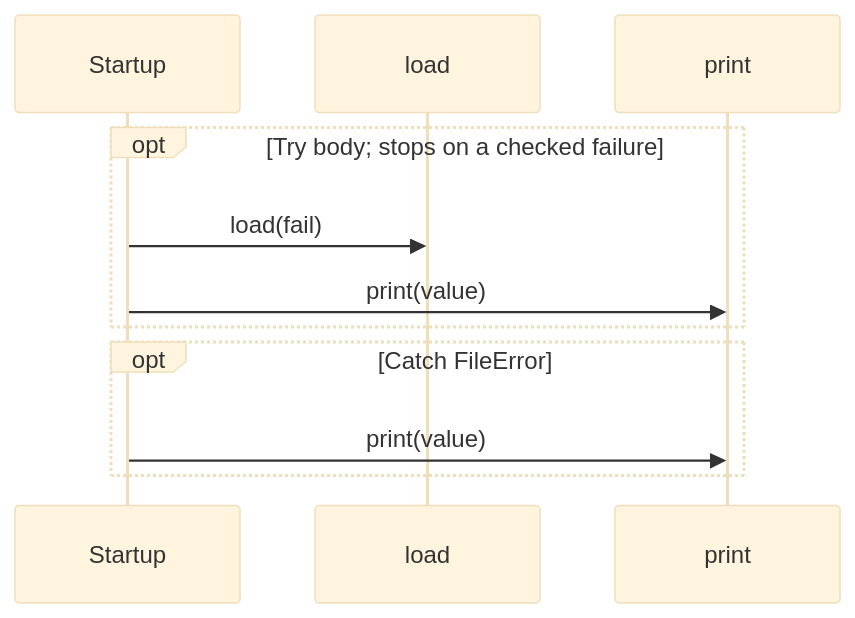
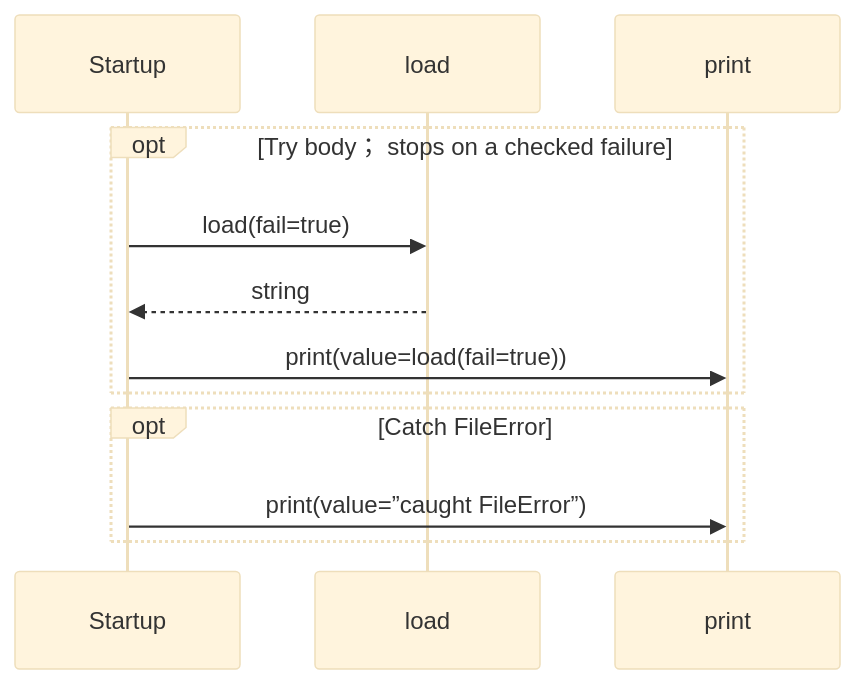
The second of 2 diagrams in docs/examples/errors/main-diagrams.md (GreenPandaStudios/augscript), drawn with Mermaid (base theme) before and after one commit. The commit also changed other lines of this file and 524 other files, not shown here.

Commit message:
Explain checked data flow at folder and service levels

````diff
--- a/docs/examples/errors/main-diagrams.md
+++ b/docs/examples/errors/main-diagrams.md
@@ -40,13 +39,14 @@
 ```mermaid
 sequenceDiagram
     participant p0 as Startup
     participant p1 as load
     participant p2 as print
-    opt Try body#59; stops on a checked failure
-    p0->>p1: load(fail)
-    p0->>p2: print(value)
+    opt Try body； stops on a checked failure
+    p0->>p1: load(fail=true)
+    p1-->>p0: string
+    p0->>p2: print(value=load(fail=true))
     end
     opt Catch FileError
-    p0->>p2: print(value)
+    p0->>p2: print(value=”caught FileError”)
     end
 ```
````
